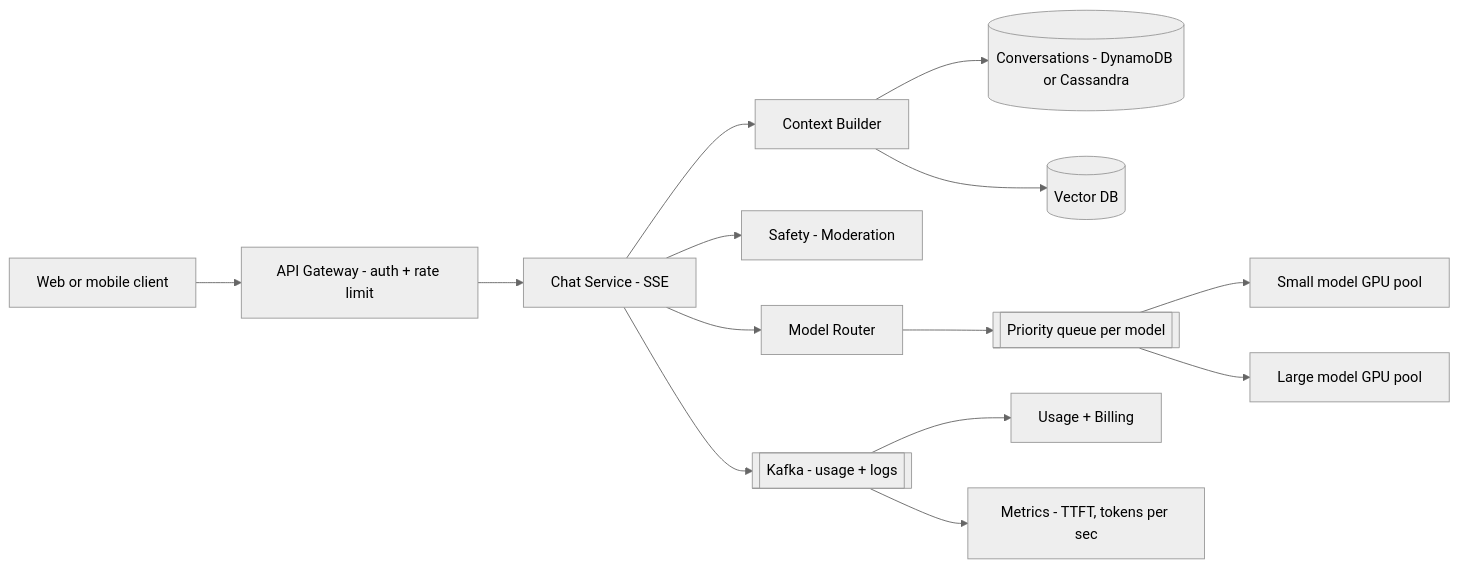
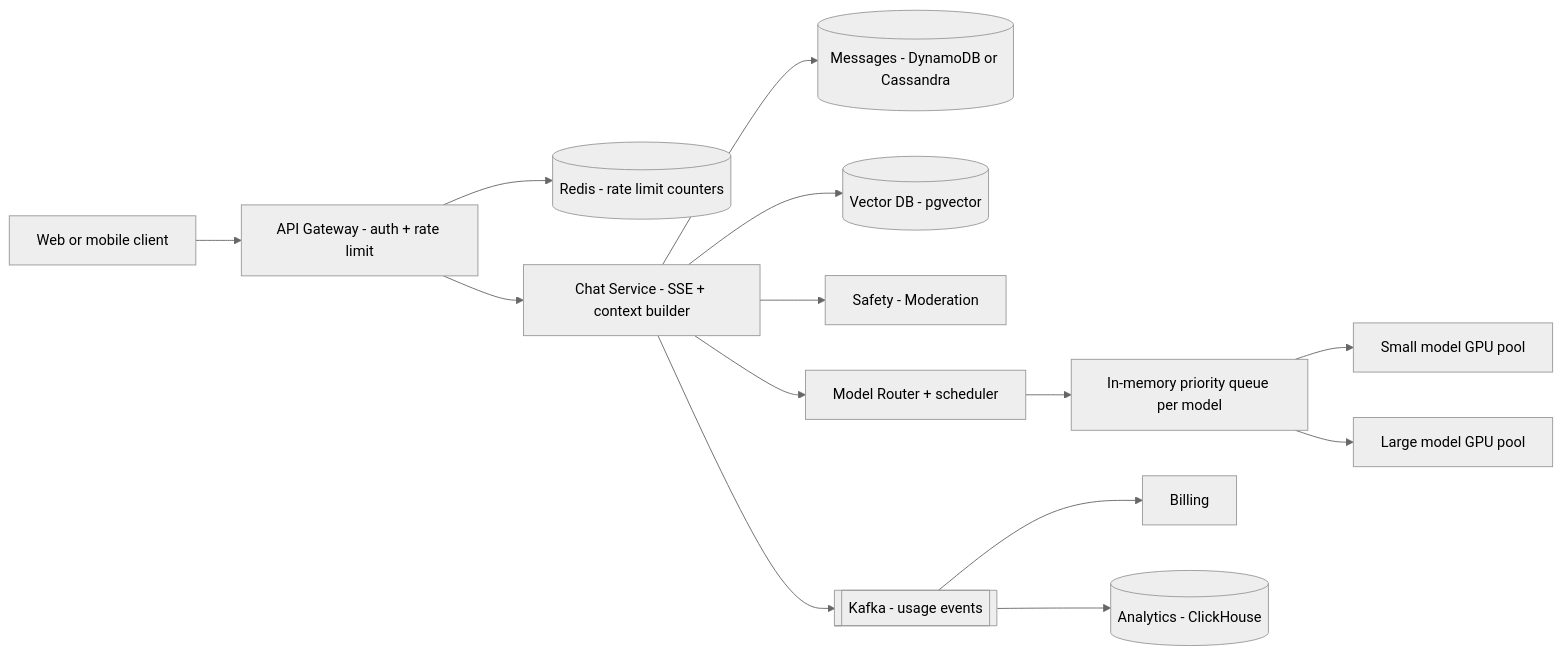
One commit to flow6979/system-design-prep changed the first of 2 diagrams in content-en/02-questions/t2-22-llm-chat-app.md. Above: the diagram before and after it, drawn with Mermaid (neutral theme). The commit also changed other lines of this file and 61 other files, not shown here.

````diff
--- a/content-en/02-questions/t2-22-llm-chat-app.md
+++ b/content-en/02-questions/t2-22-llm-chat-app.md
@@ -81,16 +90,16 @@
 ```mermaid
 flowchart LR
   C["Web or mobile client"] --> G["API Gateway - auth + rate limit"]
-  G --> CS["Chat Service - SSE"]
-  CS --> CTX["Context Builder"]
-  CTX --> DB[("Conversations - DynamoDB or Cassandra")]
-  CTX --> VDB[("Vector DB")]
+  G --> RL[("Redis - rate limit counters")]
+  G --> CS["Chat Service - SSE + context builder"]
+  CS --> DB[("Messages - DynamoDB or Cassandra")]
+  CS --> VDB[("Vector DB - pgvector")]
   CS --> MOD["Safety - Moderation"]
-  CS --> RT["Model Router"]
-  RT --> Q[["Priority queue per model"]]
+  CS --> RT["Model Router + scheduler"]
+  RT --> Q["In-memory priority queue per model"]
   Q --> SM["Small model GPU pool"]
   Q --> LM["Large model GPU pool"]
-  CS --> K[["Kafka - usage + logs"]]
-  K --> BILL["Usage + Billing"]
-  K --> OBS["Metrics - TTFT, tokens per sec"]
+  CS --> K[["Kafka - usage events"]]
+  K --> BILL["Billing"]
+  K --> AN[("Analytics - ClickHouse")]
 ```
````
